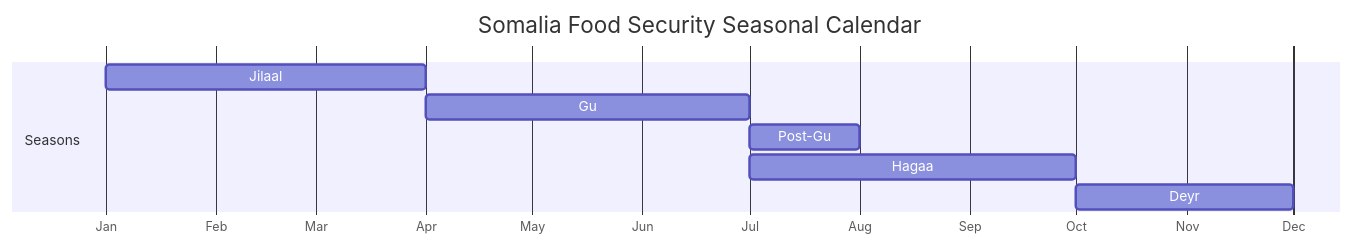
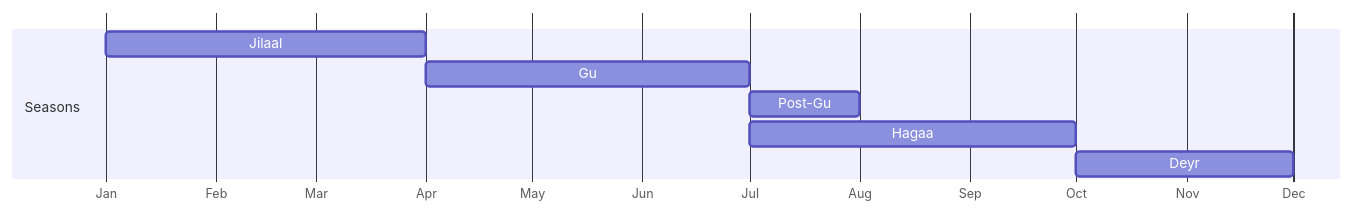
One commit to nutimes/som-sam-admit changed the first of 10 diagrams in report.qmd. Above: the diagram before and after it, drawn with Mermaid. The commit also changed other lines of this file and 1 other file, not shown here.

````diff
--- a/report.qmd
+++ b/report.qmd
@@ -23,16 +23,15 @@
 ```{mermaid}
-%%| label: seasonal-calendar
-%%| fig-cap: "Source: author's adaptation"
+%%| label: fig-seasonal-calendar
+%%| fig-cap: "Somalia Food Security Seasonal Calendar"
 %%| fig-cap-location: bottom
 gantt
-    title  Somalia Food Security Seasonal Calendar
     dateFormat M
     axisFormat %b
     todayMarker off
     section Seasons
     Jilaal :1, 4
     Gu     :4, 7
     Post-Gu:7, 8
     Hagaa  :7, 10
     Deyr   :10, 12
 ```
````
